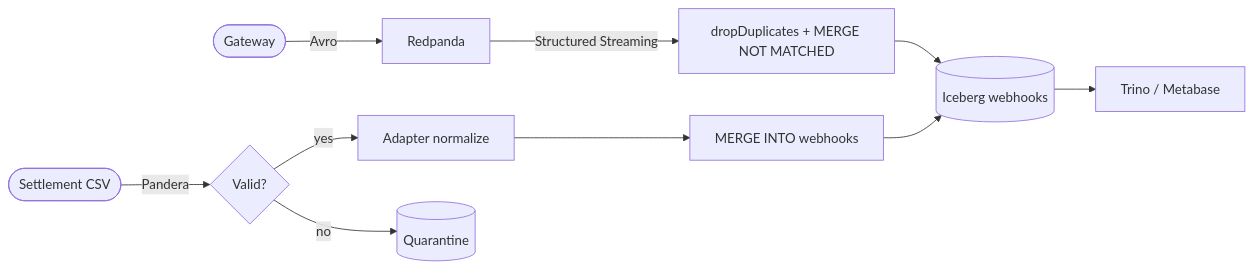
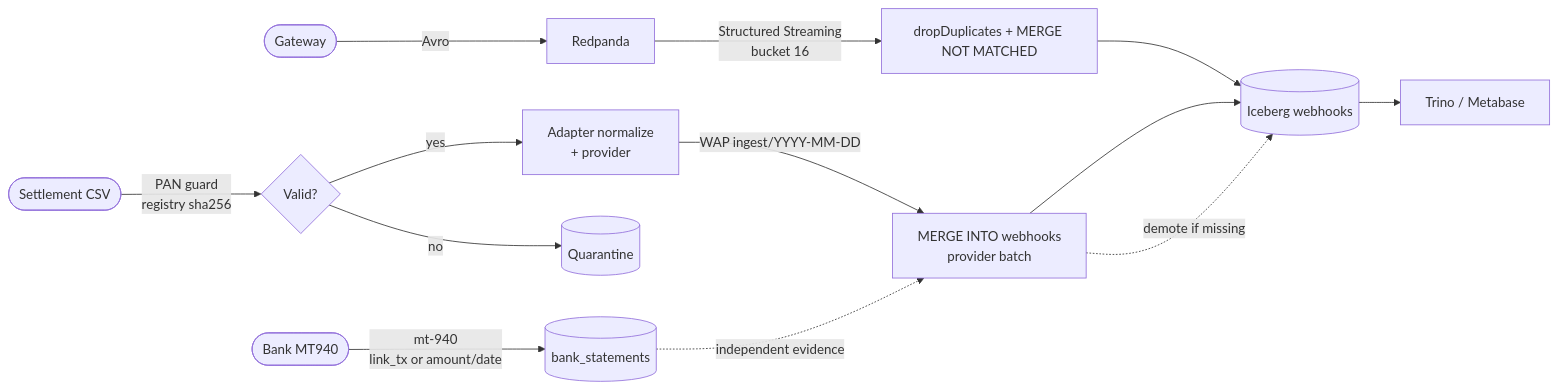
Before and after one commit to DhanushPillay/tx-recon: the first of 2 diagrams in docs/ARCHITECTURE.md, drawn with Mermaid. The commit also changed other lines of this file, not shown here.

First line of the commit message:
docs: refresh ARCHITECTURE to 3 legs + bucket/WAP/providers/maintenance

````diff
--- a/docs/ARCHITECTURE.md
+++ b/docs/ARCHITECTURE.md
@@ -13,14 +15,18 @@
 ```mermaid
 flowchart LR
     W([Gateway]) -->|Avro| K[Redpanda]
-    K -->|Structured Streaming| S[dropDuplicates + MERGE NOT MATCHED]
+    K -->|Structured Streaming<br/>bucket 16| S[dropDuplicates + MERGE NOT MATCHED]
     S --> I[(Iceberg webhooks)]
 
-    C([Settlement CSV]) -->|Pandera| V{Valid?}
-    V -->|yes| N[Adapter normalize]
+    C([Settlement CSV]) -->|PAN guard<br/>registry sha256| V{Valid?}
+    V -->|yes| N[Adapter normalize<br/>+ provider]
     V -->|no| Q[(Quarantine)]
-    N --> M[MERGE INTO webhooks]
+    N -->|WAP ingest/YYYY-MM-DD| M[MERGE INTO webhooks<br/>provider batch]
     M --> I
+
+    B([Bank MT940]) -->|mt-940<br/>link_tx or amount/date| BK[(bank_statements)]
+    BK -. independent evidence .-> M
+    M -. demote if missing .-> I
 
     I --> T[Trino / Metabase]
 ```
````
